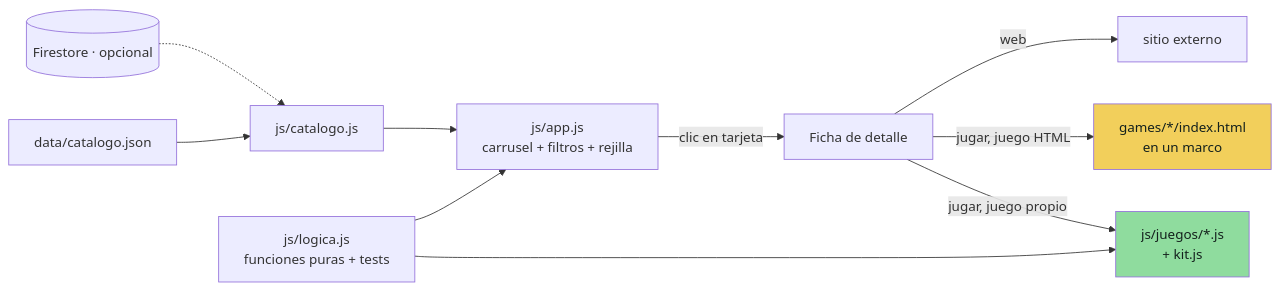
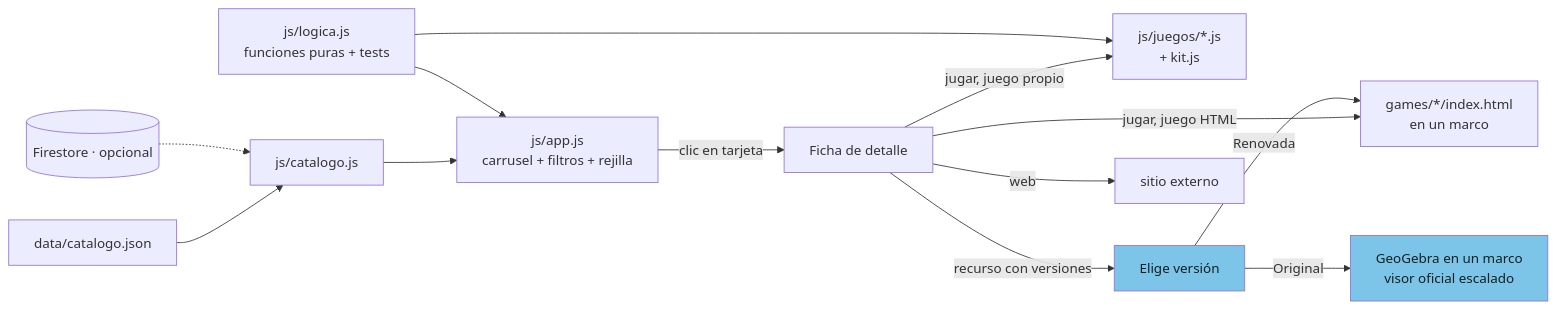
One commit to Esclavotec/mathstore changed the diagram in README.md. Above: the diagram before and after it, drawn with Mermaid. The commit also changed other lines of this file and 6 other files, not shown here.

First line of the commit message:
Tiendita: original de GeoGebra y versión renovada en una sola ficha

````diff
--- a/README.md
+++ b/README.md
@@ -40,14 +40,17 @@
 ```mermaid
 flowchart LR
   JSON[data/catalogo.json] --> L[js/catalogo.js]
   FB[(Firestore · opcional)] -.-> L
   L --> UI[js/app.js<br/>carrusel + filtros + rejilla]
   UI -->|clic en tarjeta| M[Ficha de detalle]
   M -->|jugar, juego propio| G[js/juegos/*.js<br/>+ kit.js]
   M -->|jugar, juego HTML| IF[games/*/index.html<br/>en un marco]
+  M -->|recurso con versiones| SV[Elige versión]
+  SV -->|Original| GG[GeoGebra en un marco<br/>visor oficial escalado]
+  SV -->|Renovada| IF
   M -->|web| W[sitio externo]
   LOG[js/logica.js<br/>funciones puras + tests] --> G
   LOG --> UI
-  style IF fill:#f2cf5b,color:#14211d
-  style G fill:#8fdc9e,color:#14211d
+  style SV fill:#7cc4e8,color:#14211d
+  style GG fill:#7cc4e8,color:#14211d
 ```
````
